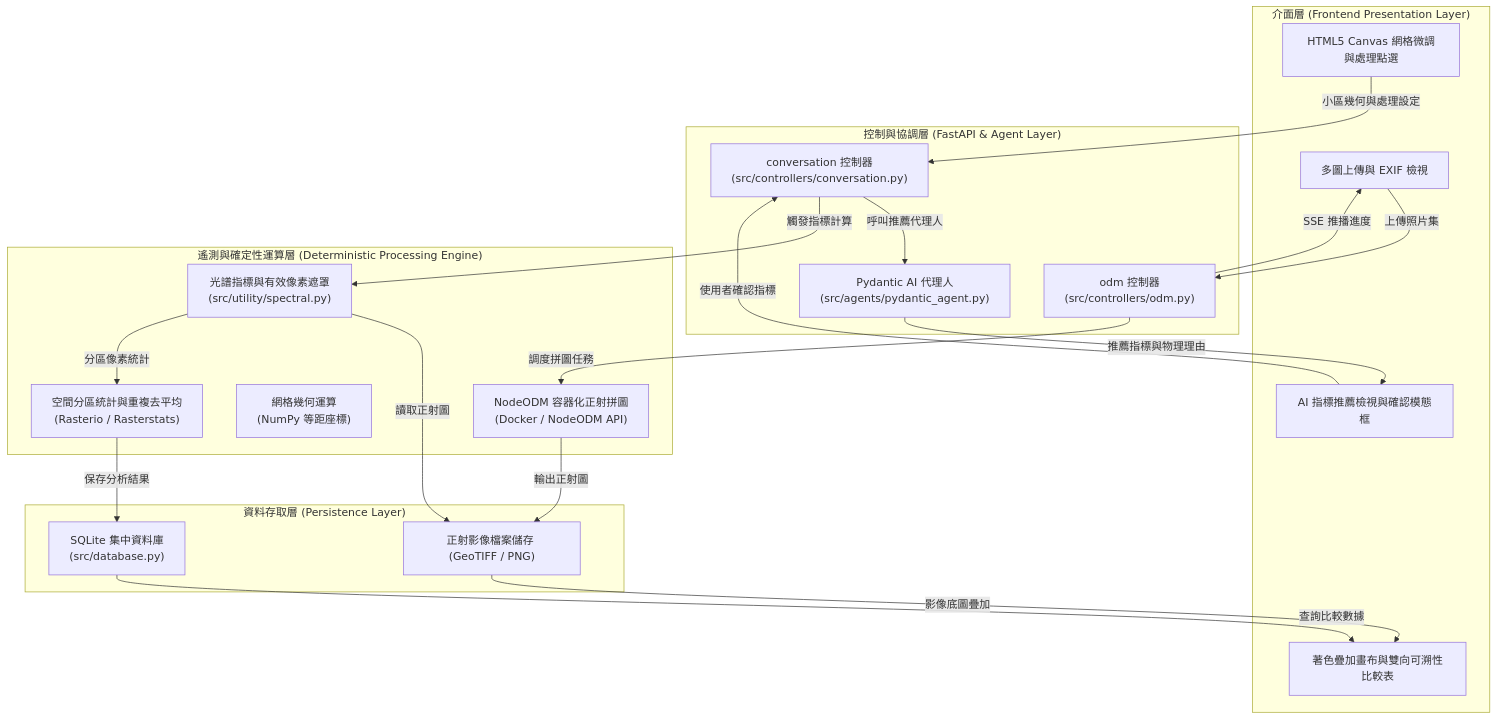
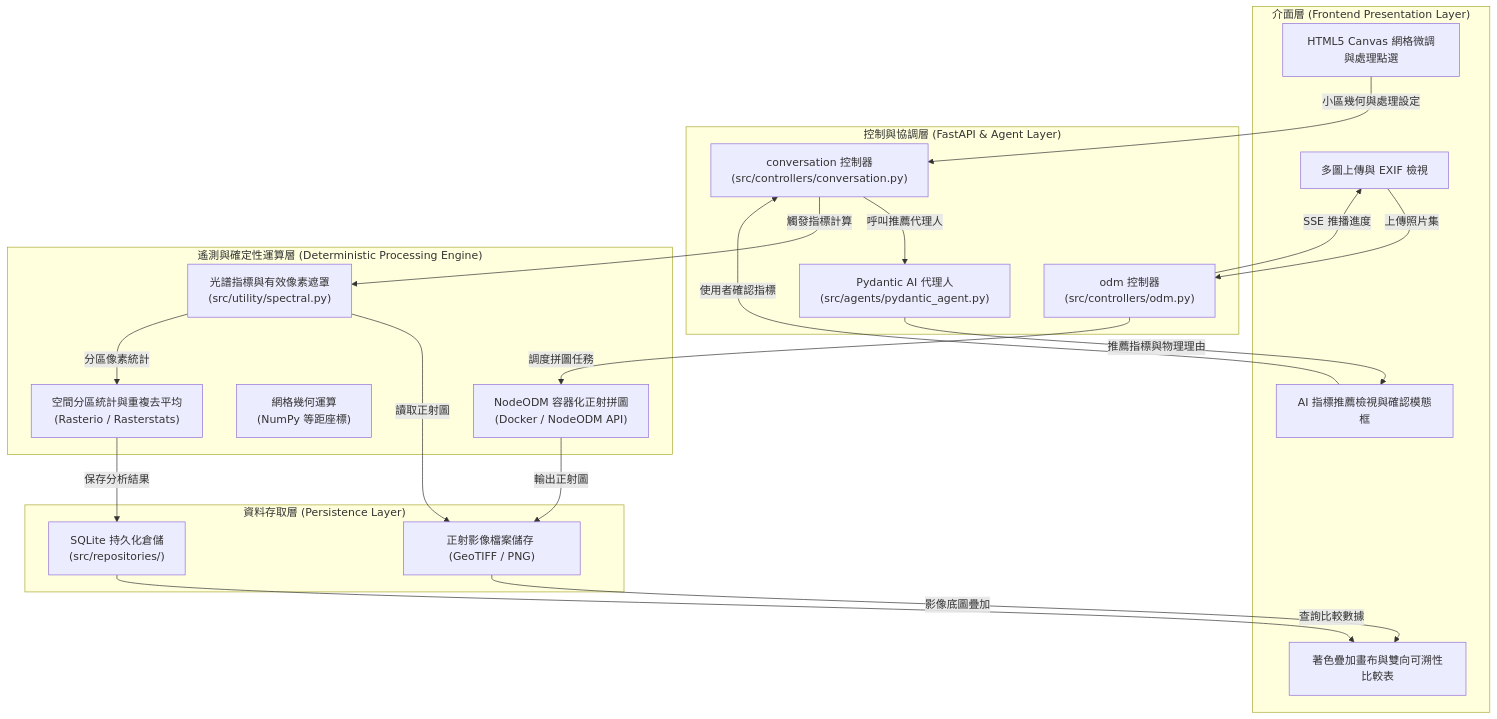
One commit to ChengLiangHsu/AI-InfoSec-Fianl-Project changed the diagram in docs/proposal/DESIGN.md. Above: the diagram before and after it, drawn with Mermaid. The commit also changed other lines of this file and 1 other file, not shown here.

````diff
--- a/docs/proposal/DESIGN.md
+++ b/docs/proposal/DESIGN.md
@@ -11,42 +11,42 @@
 ```mermaid
 graph TD
     subgraph UI ["介面層 (Frontend Presentation Layer)"]
         A1["多圖上傳與 EXIF 檢視"]
         A2["HTML5 Canvas 網格微調與處理點選"]
         A3["AI 指標推薦檢視與確認模態框"]
         A4["著色疊加畫布與雙向可溯性比較表"]
     end
 
     subgraph API ["控制與協調層 (FastAPI & Agent Layer)"]
         B1["odm 控制器<br/>(src/controllers/odm.py)"]
         B2["conversation 控制器<br/>(src/controllers/conversation.py)"]
         B3["Pydantic AI 代理人<br/>(src/agents/pydantic_agent.py)"]
     end
 
     subgraph ENGINE ["遙測與確定性運算層 (Deterministic Processing Engine)"]
         C1["NodeODM 容器化正射拼圖<br/>(Docker / NodeODM API)"]
         C2["網格幾何運算<br/>(NumPy 等距座標)"]
         C3["光譜指標與有效像素遮罩<br/>(src/utility/spectral.py)"]
         C4["空間分區統計與重複去平均<br/>(Rasterio / Rasterstats)"]
     end
 
     subgraph DATA ["資料存取層 (Persistence Layer)"]
-        D1["SQLite 集中資料庫<br/>(src/database.py)"]
+        D1["SQLite 持久化倉儲<br/>(src/repositories/)"]
         D2["正射影像檔案儲存 (GeoTIFF / PNG)"]
     end
 
     A1 -->|上傳照片集| B1
     B1 -->|調度拼圖任務| C1
     C1 -->|輸出正射圖| D2
     B1 -->|SSE 推播進度| A1
     A2 -->|小區幾何與處理設定| B2
     B2 -->|呼叫推薦代理人| B3
     B3 -->|推薦指標與物理理由| A3
     A3 -->|使用者確認指標| B2
     B2 -->|觸發指標計算| C3
     C3 -->|讀取正射圖| D2
     C3 -->|分區像素統計| C4
     C4 -->|保存分析結果| D1
     D1 -->|查詢比較數據| A4
     D2 -->|影像底圖疊加| A4
 ```
````
